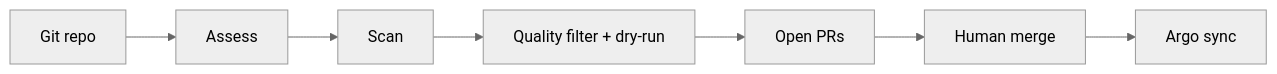
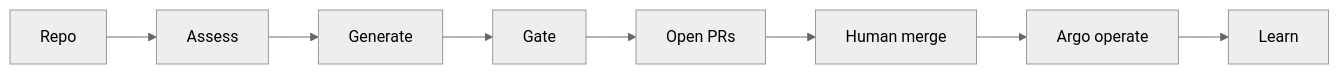
The diagram in README.md (alimobrem/AgentIT), drawn with Mermaid (neutral theme) before and after one commit. The commit also changed other lines of this file and 40 other files, not shown here.

````diff
--- a/README.md
+++ b/README.md
@@ -35,9 +42,10 @@
 ```mermaid
 flowchart LR
-    A["Git repo"] --> B["Assess"]
-    B --> C["Scan"]
-    C --> D["Quality filter + dry-run"]
+    A["Repo"] --> B["Assess"]
+    B --> C["Generate"]
+    C --> D["Gate"]
     D --> E["Open PRs"]
     E --> F["Human merge"]
-    F --> G["Argo sync"]
+    F --> G["Argo operate"]
+    G --> H["Learn"]
 ```
````
